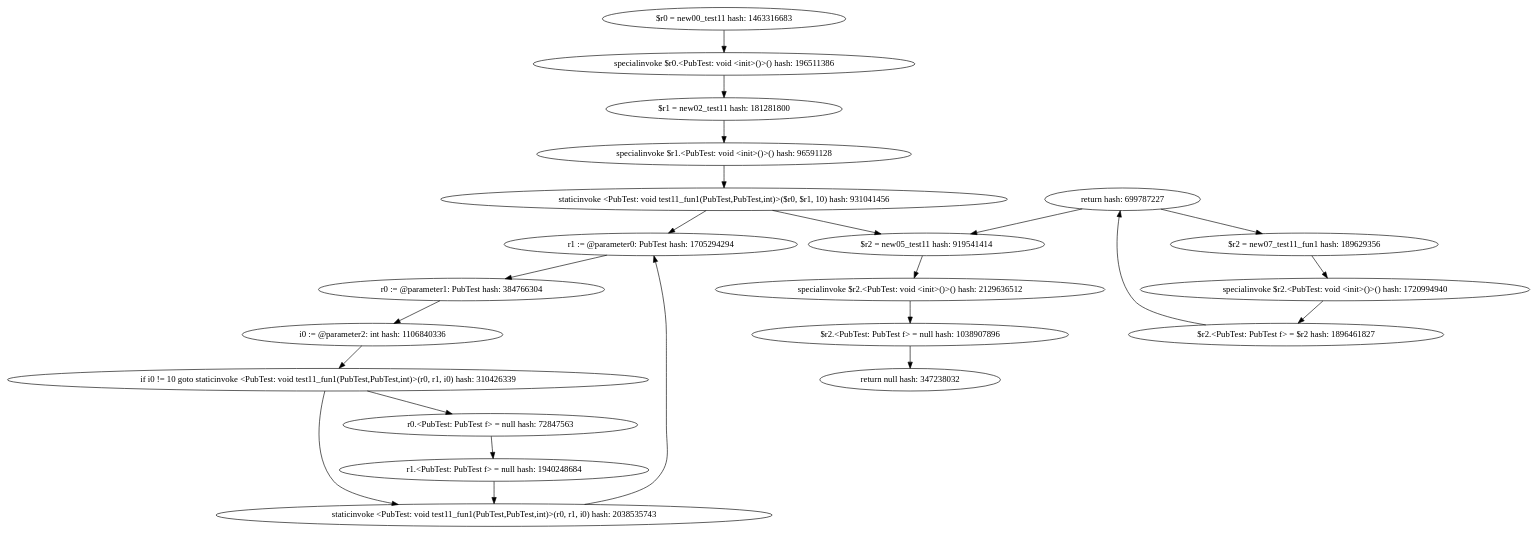
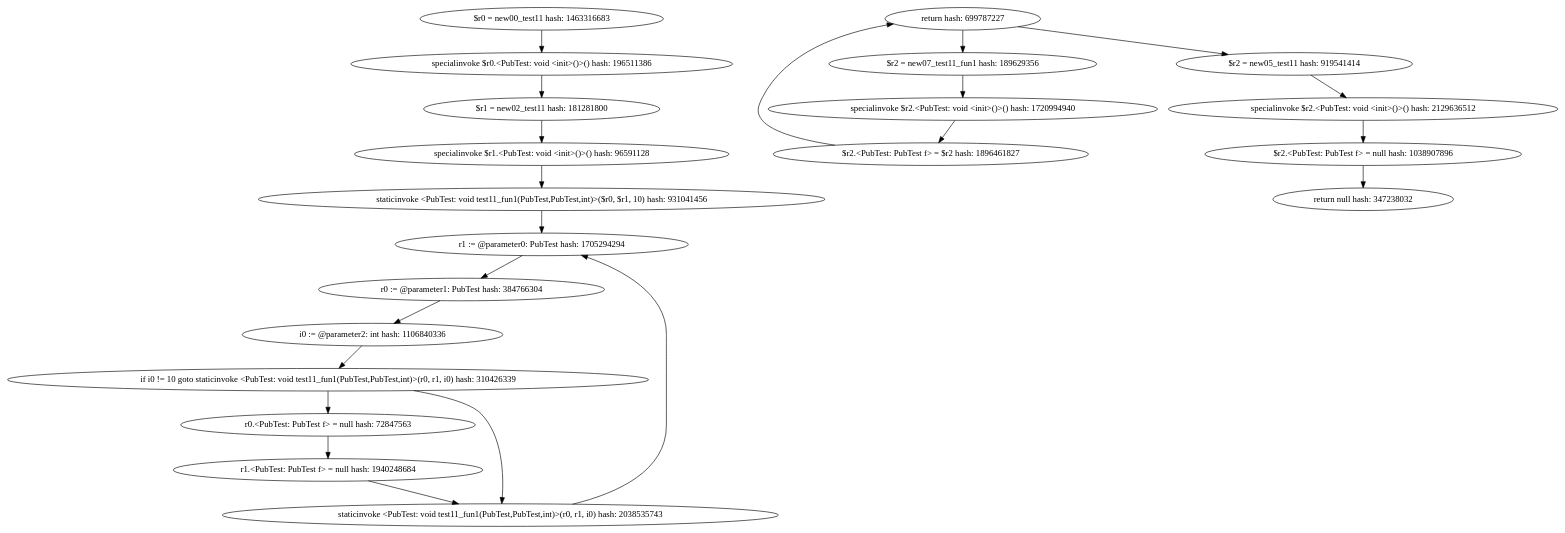
Before and after one commit to khushit-shah/PointsToAnalysisJava: the diagram in target1-pub/PubTest.test11.intra.debug.dot, drawn with Graphviz. The commit also changed 94 other files, not shown here.

```diff
--- a/target1-pub/PubTest.test11.intra.debug.dot
+++ b/target1-pub/PubTest.test11.intra.debug.dot
@@ -1,44 +1,43 @@
 digraph "./target1-pub/PubTest.test11.intra.debug" {
     "$r0 = new00_test11 hash: 1463316683";
     "specialinvoke $r0.<PubTest: void <init>()>() hash: 196511386";
     "$r1 = new02_test11 hash: 181281800";
     "specialinvoke $r1.<PubTest: void <init>()>() hash: 96591128";
     "staticinvoke <PubTest: void test11_fun1(PubTest,PubTest,int)>($r0, $r1, 10) hash: 931041456";
     "$r2 = new05_test11 hash: 919541414";
     "specialinvoke $r2.<PubTest: void <init>()>() hash: 2129636512";
     "$r2.<PubTest: PubTest f> = null hash: 1038907896";
     "return null hash: 347238032";
     "r1 := @parameter0: PubTest hash: 1705294294";
     "r0 := @parameter1: PubTest hash: 384766304";
     "i0 := @parameter2: int hash: 1106840336";
     "if i0 != 10 goto staticinvoke <PubTest: void test11_fun1(PubTest,PubTest,int)>(r0, r1, i0) hash: 310426339";
     "r0.<PubTest: PubTest f> = null hash: 72847563";
     "r1.<PubTest: PubTest f> = null hash: 1940248684";
     "staticinvoke <PubTest: void test11_fun1(PubTest,PubTest,int)>(r0, r1, i0) hash: 2038535743";
     "$r2 = new07_test11_fun1 hash: 189629356";
     "specialinvoke $r2.<PubTest: void <init>()>() hash: 1720994940";
     "$r2.<PubTest: PubTest f> = $r2 hash: 1896461827";
     "return hash: 699787227";
     "$r0 = new00_test11 hash: 1463316683"->"specialinvoke $r0.<PubTest: void <init>()>() hash: 196511386";
     "specialinvoke $r0.<PubTest: void <init>()>() hash: 196511386"->"$r1 = new02_test11 hash: 181281800";
     "$r1 = new02_test11 hash: 181281800"->"specialinvoke $r1.<PubTest: void <init>()>() hash: 96591128";
     "specialinvoke $r1.<PubTest: void <init>()>() hash: 96591128"->"staticinvoke <PubTest: void test11_fun1(PubTest,PubTest,int)>($r0, $r1, 10) hash: 931041456";
     "staticinvoke <PubTest: void test11_fun1(PubTest,PubTest,int)>($r0, $r1, 10) hash: 931041456"->"r1 := @parameter0: PubTest hash: 1705294294";
-    "staticinvoke <PubTest: void test11_fun1(PubTest,PubTest,int)>($r0, $r1, 10) hash: 931041456"->"$r2 = new05_test11 hash: 919541414";
     "$r2 = new05_test11 hash: 919541414"->"specialinvoke $r2.<PubTest: void <init>()>() hash: 2129636512";
     "specialinvoke $r2.<PubTest: void <init>()>() hash: 2129636512"->"$r2.<PubTest: PubTest f> = null hash: 1038907896";
     "$r2.<PubTest: PubTest f> = null hash: 1038907896"->"return null hash: 347238032";
     "r1 := @parameter0: PubTest hash: 1705294294"->"r0 := @parameter1: PubTest hash: 384766304";
     "r0 := @parameter1: PubTest hash: 384766304"->"i0 := @parameter2: int hash: 1106840336";
     "i0 := @parameter2: int hash: 1106840336"->"if i0 != 10 goto staticinvoke <PubTest: void test11_fun1(PubTest,PubTest,int)>(r0, r1, i0) hash: 310426339";
     "if i0 != 10 goto staticinvoke <PubTest: void test11_fun1(PubTest,PubTest,int)>(r0, r1, i0) hash: 310426339"->"r0.<PubTest: PubTest f> = null hash: 72847563";
     "if i0 != 10 goto staticinvoke <PubTest: void test11_fun1(PubTest,PubTest,int)>(r0, r1, i0) hash: 310426339"->"staticinvoke <PubTest: void test11_fun1(PubTest,PubTest,int)>(r0, r1, i0) hash: 2038535743";
     "r0.<PubTest: PubTest f> = null hash: 72847563"->"r1.<PubTest: PubTest f> = null hash: 1940248684";
     "r1.<PubTest: PubTest f> = null hash: 1940248684"->"staticinvoke <PubTest: void test11_fun1(PubTest,PubTest,int)>(r0, r1, i0) hash: 2038535743";
     "staticinvoke <PubTest: void test11_fun1(PubTest,PubTest,int)>(r0, r1, i0) hash: 2038535743"->"r1 := @parameter0: PubTest hash: 1705294294";
     "$r2 = new07_test11_fun1 hash: 189629356"->"specialinvoke $r2.<PubTest: void <init>()>() hash: 1720994940";
     "specialinvoke $r2.<PubTest: void <init>()>() hash: 1720994940"->"$r2.<PubTest: PubTest f> = $r2 hash: 1896461827";
     "$r2.<PubTest: PubTest f> = $r2 hash: 1896461827"->"return hash: 699787227";
     "return hash: 699787227"->"$r2 = new05_test11 hash: 919541414";
     "return hash: 699787227"->"$r2 = new07_test11_fun1 hash: 189629356";
 }
```
